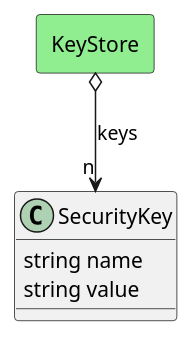
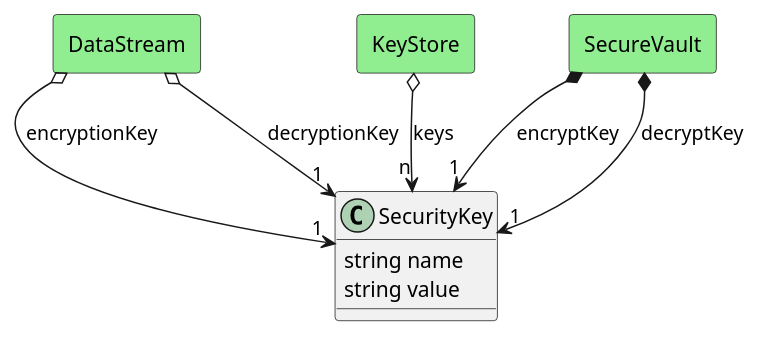
Before and after one commit to madajaju/sabr: the diagram in docs/sabr/sa/models/securitykey/logical.puml, drawn with PlantUML. The commit also changed 440 other files, not shown here.

```diff
--- a/docs/sabr/sa/models/securitykey/logical.puml
+++ b/docs/sabr/sa/models/securitykey/logical.puml
@@ -1,18 +1,38 @@
 @startuml
 
 class "SecurityKey" as Model {
  string name
  string value
 
  
 }
 
 
 
+    rectangle "DataStream" as DataStream #lightgreen {
+    }
+    
+        DataStream   o--> "1" Model : "encryptionKey"
+    
+    rectangle "DataStream" as DataStream #lightgreen {
+    }
+    
+        DataStream   o--> "1" Model : "decryptionKey"
+    
     rectangle "KeyStore" as KeyStore #lightgreen {
     }
     
         KeyStore   o--> "n" Model : "keys"
     
+    rectangle "SecureVault" as SecureVault #lightgreen {
+    }
+    
+        SecureVault   *--> "1" Model : "encryptKey"
+    
+    rectangle "SecureVault" as SecureVault #lightgreen {
+    }
+    
+        SecureVault   *--> "1" Model : "decryptKey"
+    
 
 @enduml
```
